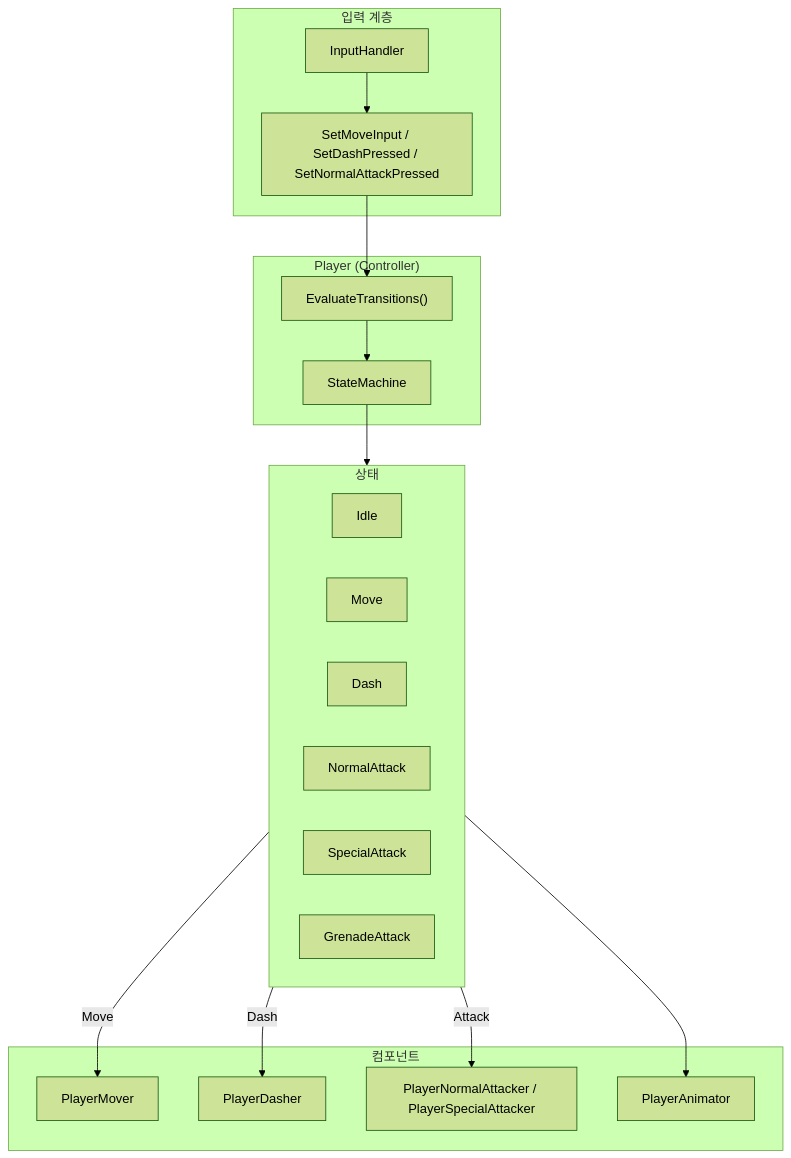
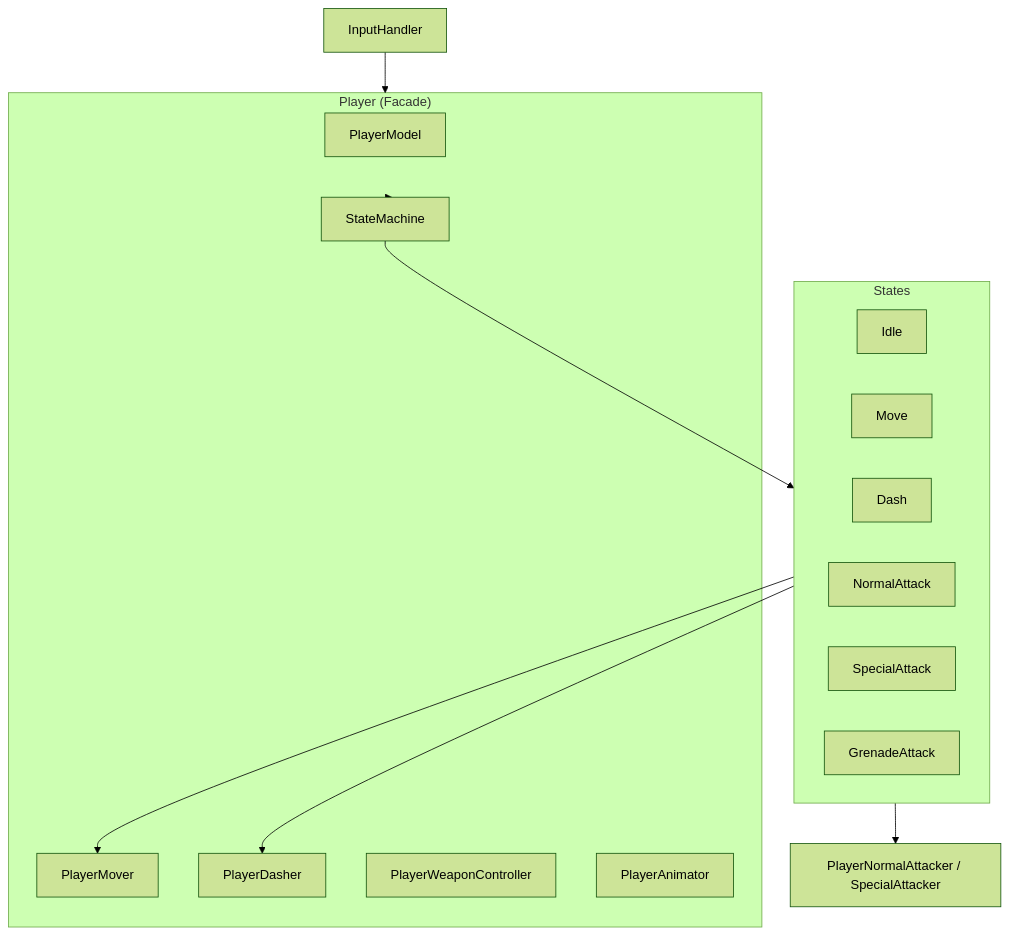
The first of 5 diagrams in README.md (TeamNemesis/ProjectNemesis), drawn with Mermaid (forest theme) before and after one commit. The commit also changed other lines of this file, not shown here.

````diff
--- a/README.md
+++ b/README.md
@@ -94,37 +54,27 @@
 ```mermaid
 flowchart TB
-    subgraph Input["입력 계층"]
-        InputHandler["InputHandler"]
-        SetInput["SetMoveInput / SetDashPressed / SetNormalAttackPressed"]
-        InputHandler --> SetInput
+    subgraph Player["Player (Facade)"]
+        Model["PlayerModel"]
+        Mover["PlayerMover"]
+        Dasher["PlayerDasher"]
+        WeaponCtrl["PlayerWeaponController"]
+        Animator["PlayerAnimator"]
+        SM["StateMachine"]
     end
 
-    subgraph Player["Player (Controller)"]
-        Evaluate["EvaluateTransitions()"]
-        StateMachine["StateMachine"]
-        SetInput --> Evaluate
-        Evaluate --> StateMachine
-    end
-
-    subgraph States["상태"]
+    subgraph States["States"]
         Idle["Idle"]
         Move["Move"]
         Dash["Dash"]
-        NormalAttack["NormalAttack"]
-        SpecialAttack["SpecialAttack"]
-        GrenadeAttack["GrenadeAttack"]
+        NA["NormalAttack"]
+        SA["SpecialAttack"]
+        GA["GrenadeAttack"]
     end
 
-    subgraph Components["컴포넌트"]
-        Mover["PlayerMover"]
-        Dasher["PlayerDasher"]
-        Attacker["PlayerNormalAttacker / PlayerSpecialAttacker"]
-        Animator["PlayerAnimator"]
-    end
-
-    StateMachine --> States
-    States -->|"Move"| Mover
-    States -->|"Dash"| Dasher
-    States -->|"Attack"| Attacker
-    States --> Animator
+    Input["InputHandler"] --> Player
+    Player --> SM
+    SM --> States
+    States --> Mover
+    States --> Dasher
+    States --> Attack["PlayerNormalAttacker / SpecialAttacker"]
 ```
````
